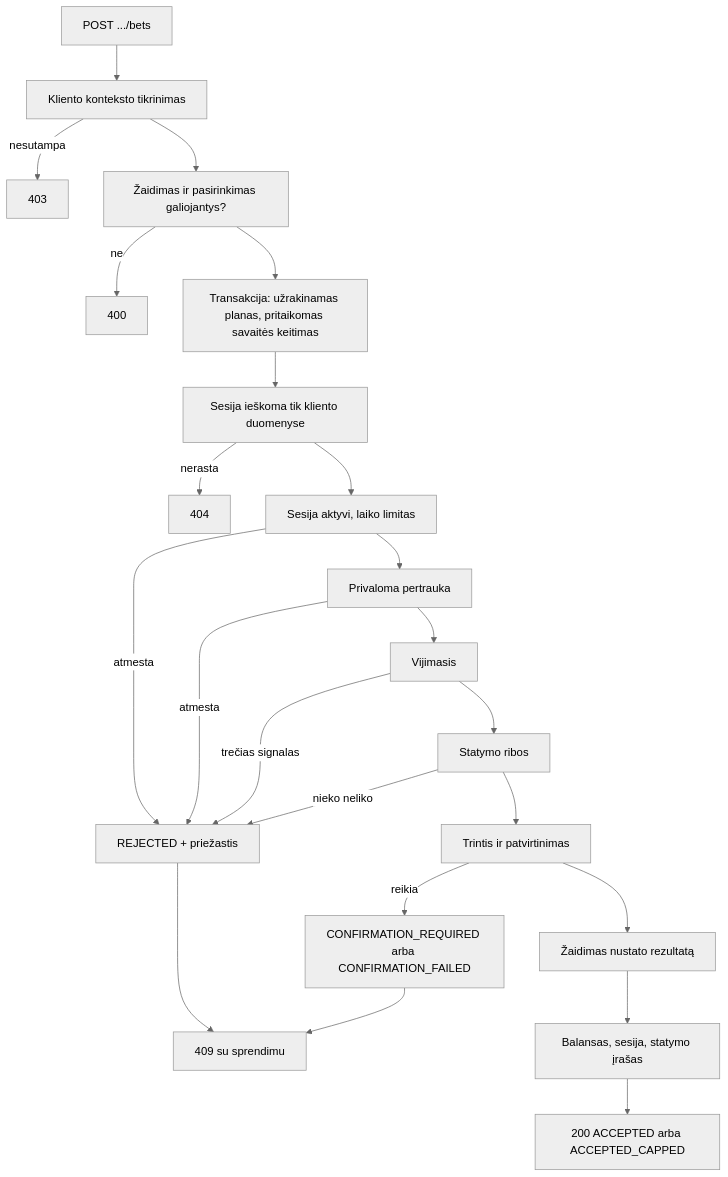
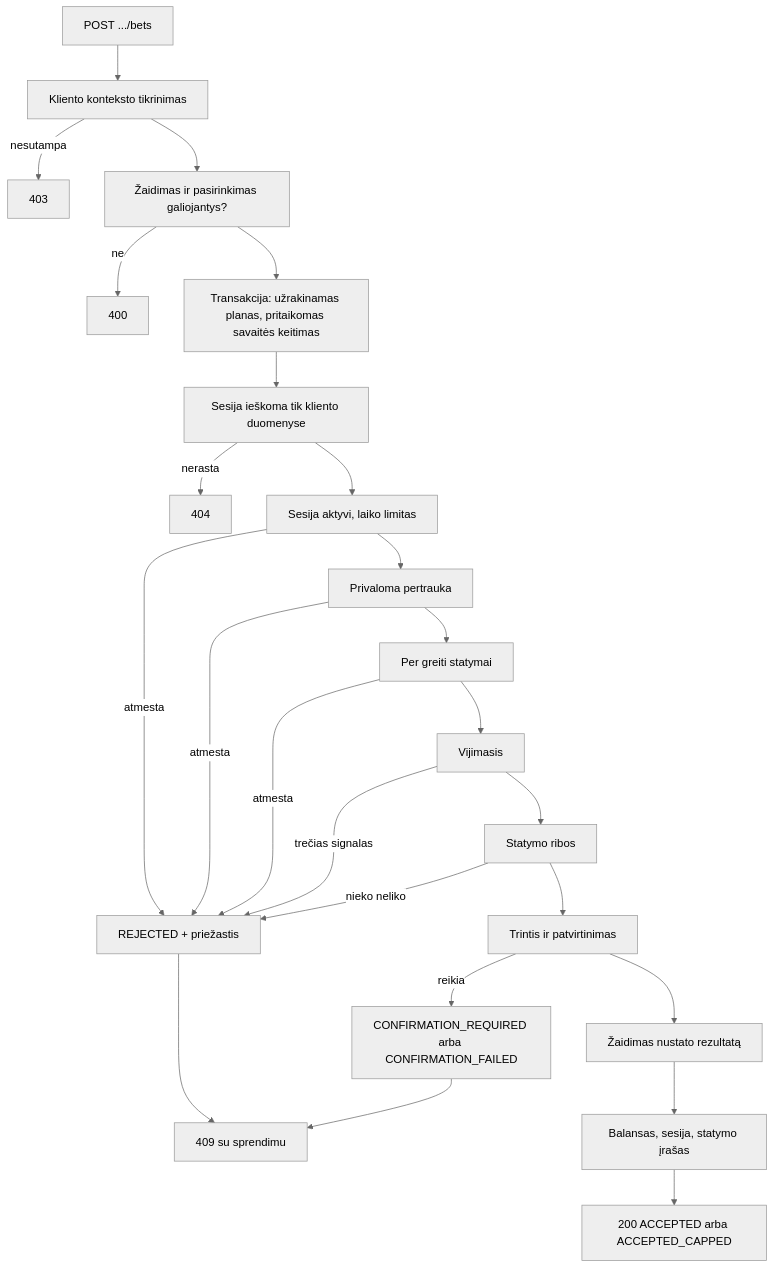
The first of 4 diagrams in docs/flows.md (SleepiCaffeine/VGTU-PSI), drawn with Mermaid (neutral theme) before and after one commit. The commit also changed 4 other files, not shown here.

````diff
--- a/docs/flows.md
+++ b/docs/flows.md
@@ -5,25 +5,27 @@
 ```mermaid
 flowchart TD
     A["POST .../bets"] --> B["Kliento konteksto tikrinimas"]
     B -->|nesutampa| X403["403"]
     B --> C["Žaidimas ir pasirinkimas galiojantys?"]
     C -->|ne| X400["400"]
     C --> D["Transakcija: užrakinamas planas, pritaikomas savaitės keitimas"]
     D --> E["Sesija ieškoma tik kliento duomenyse"]
     E -->|nerasta| X404["404"]
     E --> R1["Sesija aktyvi, laiko limitas"]
     R1 -->|atmesta| STOP["REJECTED + priežastis"]
     R1 --> R2["Privaloma pertrauka"]
     R2 -->|atmesta| STOP
-    R2 --> R3["Vijimasis"]
+    R2 --> R2B["Per greiti statymai"]
+    R2B -->|atmesta| STOP
+    R2B --> R3["Vijimasis"]
     R3 -->|trečias signalas| STOP
     R3 --> R4["Statymo ribos"]
     R4 -->|nieko neliko| STOP
     R4 --> R5["Trintis ir patvirtinimas"]
     R5 -->|reikia| CONF["CONFIRMATION_REQUIRED arba CONFIRMATION_FAILED"]
     R5 --> PLAY["Žaidimas nustato rezultatą"]
     PLAY --> SETTLE["Balansas, sesija, statymo įrašas"]
     SETTLE --> OK["200 ACCEPTED arba ACCEPTED_CAPPED"]
     STOP --> X409["409 su sprendimu"]
     CONF --> X409
 ```
````
